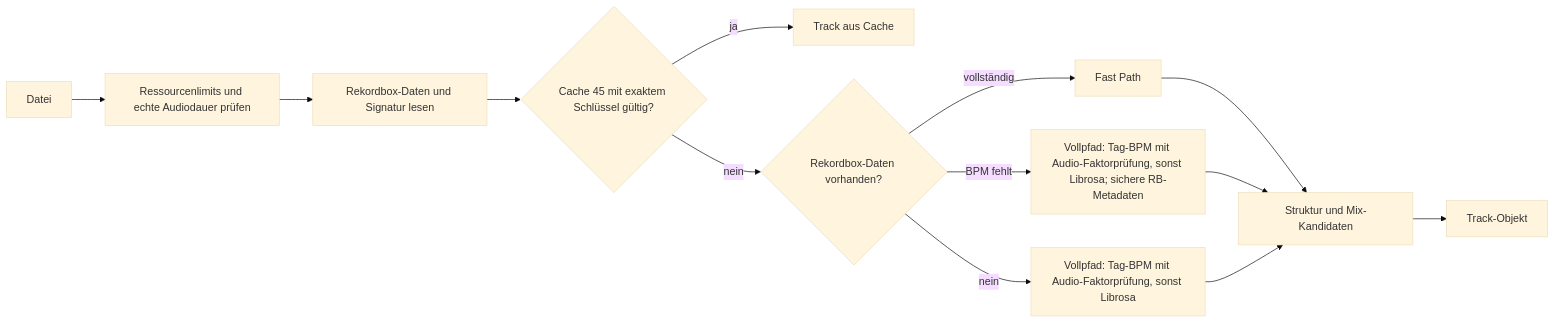
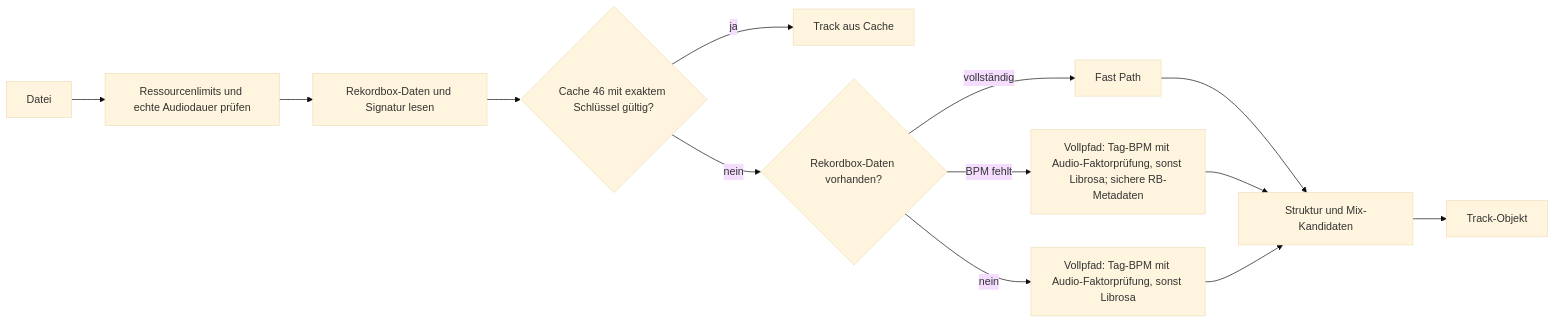
One commit to Crusty696/HarmonicPlaylistGenkopie_V2.0 changed the second of 9 diagrams in docs/TRACKAUSWAHL-UND-MIXPOINT-FLUSS.md. Above: the diagram before and after it, drawn with Mermaid (base theme). The commit also changed other lines of this file and 70 other files, not shown here.

````diff
--- a/docs/TRACKAUSWAHL-UND-MIXPOINT-FLUSS.md
+++ b/docs/TRACKAUSWAHL-UND-MIXPOINT-FLUSS.md
@@ -100,15 +100,15 @@
 ```mermaid
 flowchart LR
     A[Datei] --> R[Ressourcenlimits und echte Audiodauer prüfen]
     R --> S[Rekordbox-Daten und Signatur lesen]
-    S --> B{Cache 45 mit exaktem Schlüssel gültig?}
+    S --> B{Cache 46 mit exaktem Schlüssel gültig?}
     B -- ja --> C[Track aus Cache]
     B -- nein --> D{Rekordbox-Daten vorhanden?}
     D -- vollständig --> E[Fast Path]
     D -- BPM fehlt --> F["Vollpfad: Tag-BPM mit Audio-Faktorprüfung, sonst Librosa; sichere RB-Metadaten"]
     D -- nein --> G["Vollpfad: Tag-BPM mit Audio-Faktorprüfung, sonst Librosa"]
     E --> H[Struktur und Mix-Kandidaten]
     F --> H
     G --> H
     H --> I[Track-Objekt]
 ```
````
